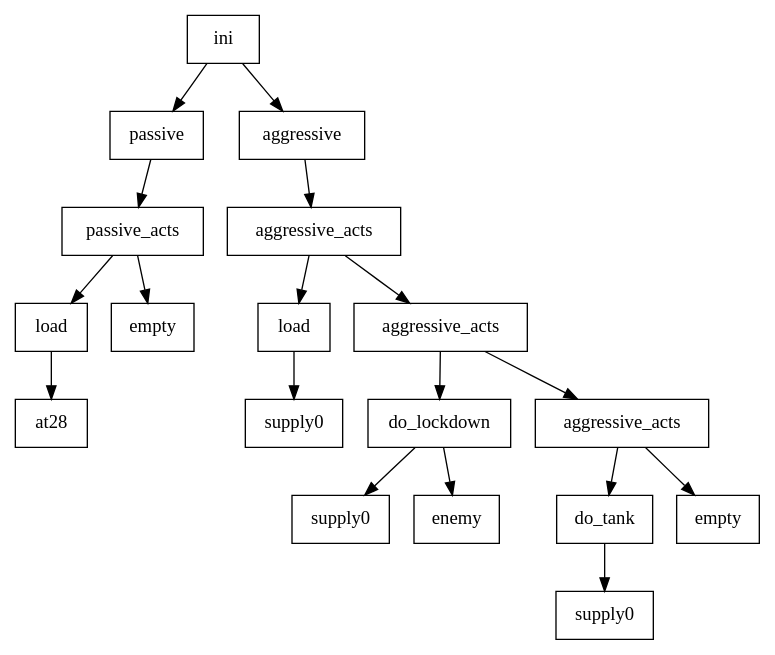
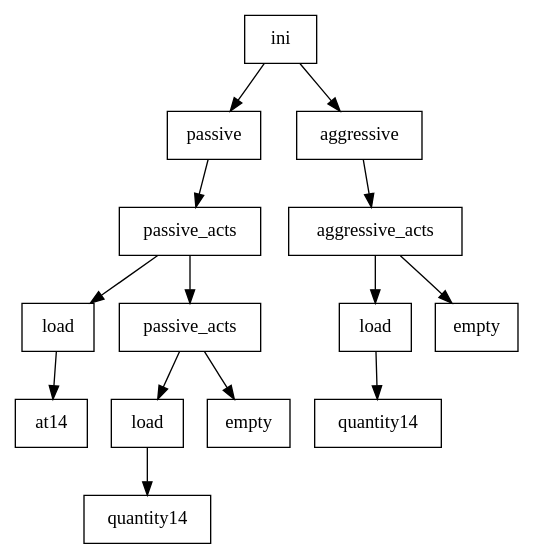
The diagram in GPBot/file2.dot (cryogenic-dreams/StarCraft-GPBot), drawn with Graphviz before and after one commit. The commit also changed 18 other files, not shown here.

```diff
--- a/GPBot/file2.dot
+++ b/GPBot/file2.dot
@@ -1,39 +1,31 @@
 digraph g {
 graph [ordering=out];
 node [shape=rectangle];
 n[label = "ini"];
 n0[label = "passive"];
 n00[label = "passive_acts"];
 n000[label = "load"];
-n0000[label = "at28"];
+n0000[label = "at14"];
 n000 -> n0000;
 n00 -> n000;
-n001[label = "empty"];
+n001[label = "passive_acts"];
+n0010[label = "load"];
+n00100[label = "quantity14"];
+n0010 -> n00100;
+n001 -> n0010;
+n0011[label = "empty"];
+n001 -> n0011;
 n00 -> n001;
 n0 -> n00;
 n -> n0;
 n1[label = "aggressive"];
 n10[label = "aggressive_acts"];
 n100[label = "load"];
-n1000[label = "supply0"];
+n1000[label = "quantity14"];
 n100 -> n1000;
 n10 -> n100;
-n101[label = "aggressive_acts"];
-n1010[label = "do_lockdown"];
-n10100[label = "supply0"];
-n1010 -> n10100;
-n10101[label = "enemy"];
-n1010 -> n10101;
-n101 -> n1010;
-n1011[label = "aggressive_acts"];
-n10110[label = "do_tank"];
-n101100[label = "supply0"];
-n10110 -> n101100;
-n1011 -> n10110;
-n10111[label = "empty"];
-n1011 -> n10111;
-n101 -> n1011;
+n101[label = "empty"];
 n10 -> n101;
 n1 -> n10;
 n -> n1;
 }
```
